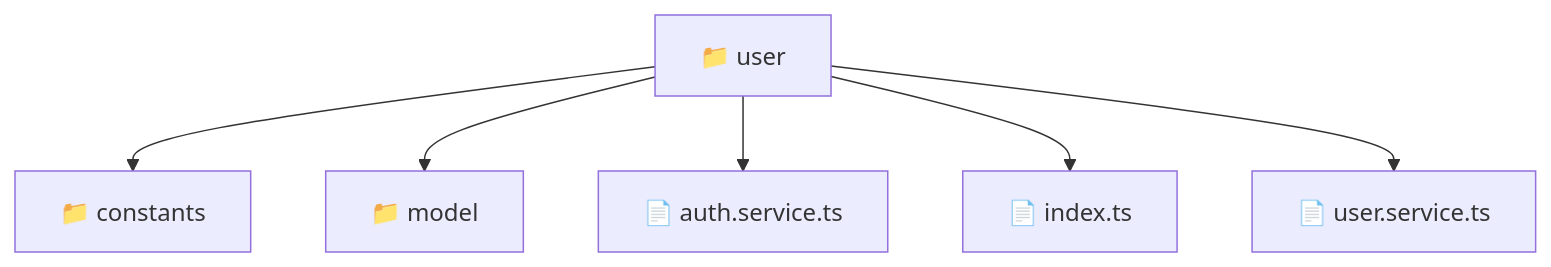
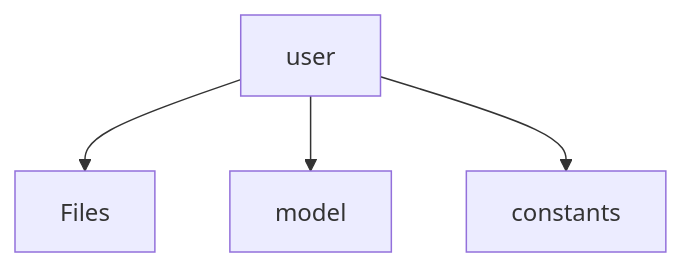
One commit to beginwebdev2002/fullstack-mavluda changed the diagram in frontend/src/entities/user/README.md. Above: the diagram before and after it, drawn with Mermaid. The commit also changed other lines of this file and 163 other files, not shown here.

First line of the commit message:
feat: autogenerate localized directory readmes for architectural transparency

````diff
--- a/frontend/src/entities/user/README.md
+++ b/frontend/src/entities/user/README.md
@@ -11,9 +12,6 @@
 ```mermaid
 graph TD
-  Root["📁 user"]
-  Root --> constants["📁 constants"]
-  Root --> model["📁 model"]
-  Root --> auth_service_ts["📄 auth.service.ts"]
-  Root --> index_ts["📄 index.ts"]
-  Root --> user_service_ts["📄 user.service.ts"]
+    user[user] --> Files
+    user --> model[model]
+    user --> constants[constants]
 ```
````
